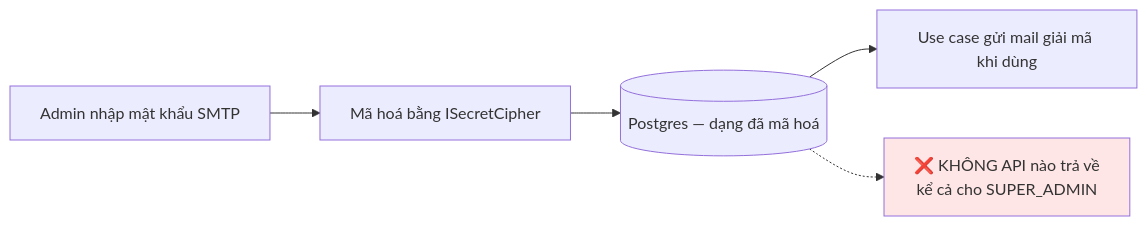
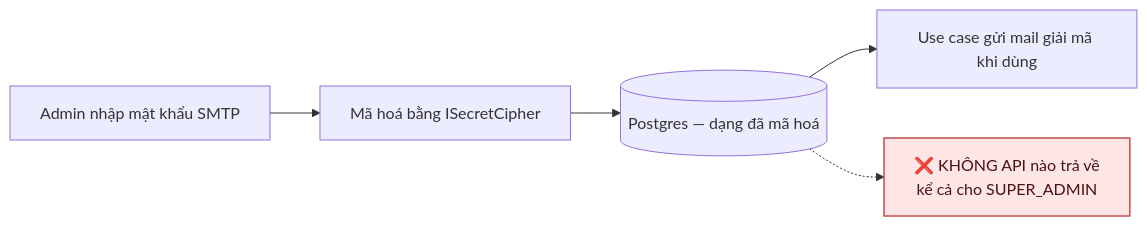
One commit to fdshn/trueheart changed the fifth of 5 diagrams in docs/diagram/16-admin.md. Above: the diagram before and after it, drawn with Mermaid. The commit also changed other lines of this file and 30 other files, not shown here.

First line of the commit message:
docs(diagram): chữ trong khối tô màu đọc được ở cả giao diện sáng và tối

````diff
--- a/docs/diagram/16-admin.md
+++ b/docs/diagram/16-admin.md
@@ -121,9 +121,9 @@
 ```mermaid
 flowchart LR
     A[Admin nhập mật khẩu SMTP] --> B[Mã hoá bằng ISecretCipher]
     B --> C[(Postgres — dạng đã mã hoá)]
     C --> D[Use case gửi mail giải mã khi dùng]
     C -.-> E["❌ KHÔNG API nào trả về<br/>kể cả cho SUPER_ADMIN"]
 
-    style E fill:#ffe6e6
+    style E fill:#ffe6e6,stroke:#c0504d,stroke-width:1.5px,color:#4a1210
 ```
````
